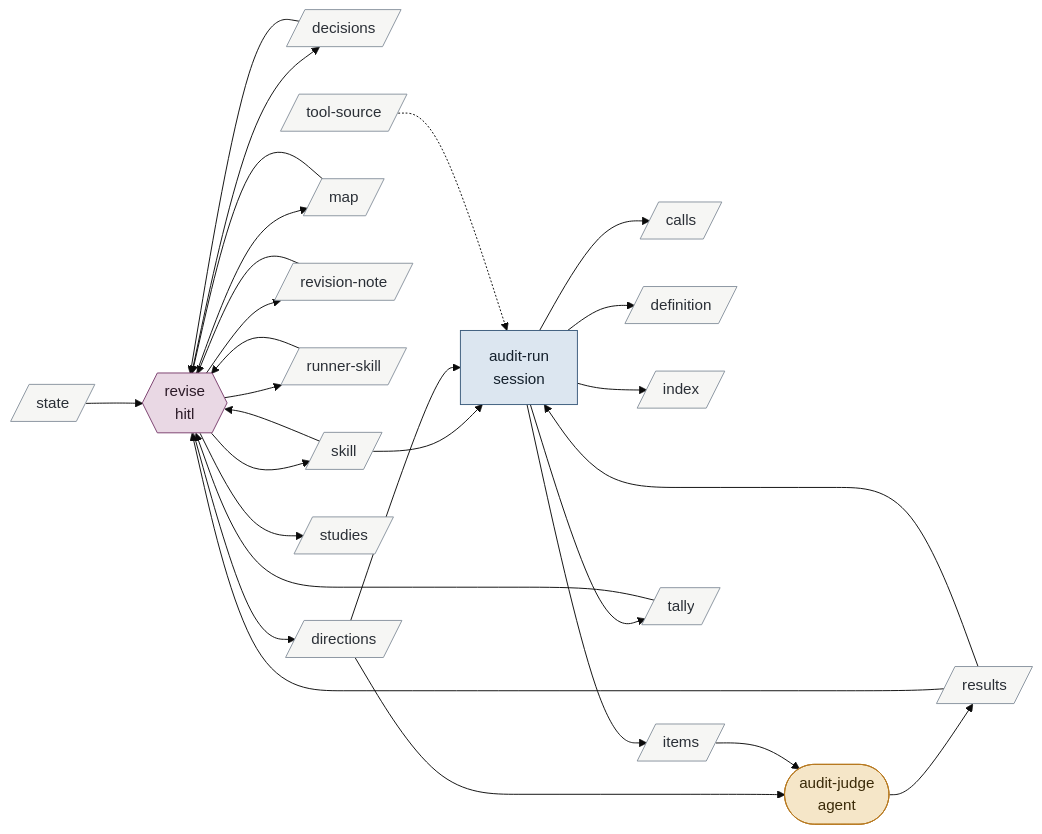
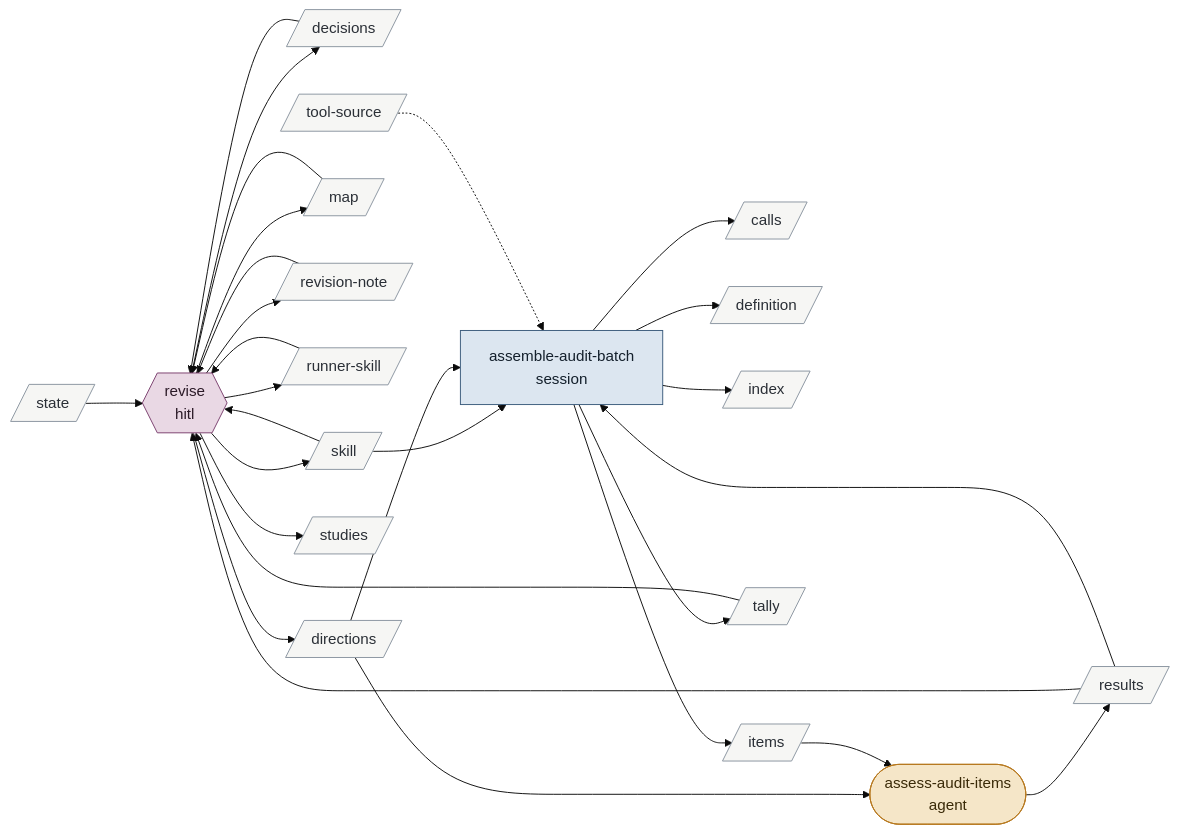
One commit to bc414/StoryPlanner changed diagram 14 of 15 in .claude/skills/v3-buildout-2/map.md. Above: the diagram before and after it, drawn with Mermaid (base theme). The commit also changed other lines of this file and 40 other files, not shown here.

````diff
--- a/.claude/skills/v3-buildout-2/map.md
+++ b/.claude/skills/v3-buildout-2/map.md
@@ -579,55 +594,55 @@
 ```mermaid
 flowchart LR
   classDef hitl fill:#e9d8e4,stroke:#7a3e6d,color:#2b1a27
   classDef session fill:#dce6f0,stroke:#3b5b7c,color:#14202c
   classDef agent fill:#f5e6c8,stroke:#b7791f,color:#3a2a08
   classDef artifact fill:#f6f6f4,stroke:#8a94a0,color:#2a2f36
   classDef activity fill:#dcebdd,stroke:#4b7f52,color:#122816
   classDef terminus fill:#e4e4ea,stroke:#5b5b7a,color:#1c1c2c
   revise{{"revise<br/>hitl"}}:::hitl
-  auditrun["audit-run<br/>session"]:::session
-  auditjudge(["audit-judge<br/>agent"]):::agent
+  assembleauditbatch["assemble-audit-batch<br/>session"]:::session
+  assessaudititems(["assess-audit-items<br/>agent"]):::agent
   calls[/"calls"/]:::artifact
   decisions[/"decisions"/]:::artifact
   definition[/"definition"/]:::artifact
   directions[/"directions"/]:::artifact
   index[/"index"/]:::artifact
   items[/"items"/]:::artifact
   map[/"map"/]:::artifact
   results[/"results"/]:::artifact
   revisionnote[/"revision-note"/]:::artifact
   runnerskill[/"runner-skill"/]:::artifact
   skill[/"skill"/]:::artifact
   state[/"state"/]:::artifact
   studies[/"studies"/]:::artifact
   tally[/"tally"/]:::artifact
   toolsource[/"tool-source"/]:::artifact
 
   skill --> revise
   runnerskill --> revise
   map --> revise
   state --> revise
   revisionnote --> revise
   decisions --> revise
   results --> revise
   tally --> revise
   revise --> skill
   revise --> runnerskill
   revise --> decisions
   revise --> revisionnote
   revise --> map
   revise --> studies
   revise --> directions
-  skill --> auditrun
-  directions --> auditrun
-  results --> auditrun
-  toolsource -.-> auditrun
-  auditrun --> definition
-  auditrun --> index
-  auditrun --> items
-  auditrun --> calls
-  auditrun --> tally
-  directions --> auditjudge
-  items --> auditjudge
-  auditjudge --> results
+  skill --> assembleauditbatch
+  directions --> assembleauditbatch
+  results --> assembleauditbatch
+  toolsource -.-> assembleauditbatch
+  assembleauditbatch --> definition
+  assembleauditbatch --> index
+  assembleauditbatch --> items
+  assembleauditbatch --> calls
+  assembleauditbatch --> tally
+  directions --> assessaudititems
+  items --> assessaudititems
+  assessaudititems --> results
 ```
````
